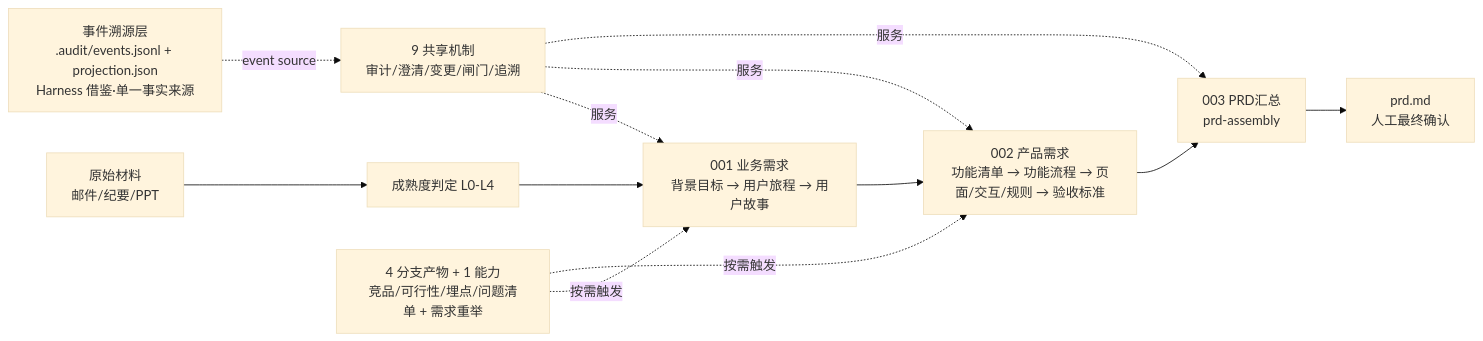
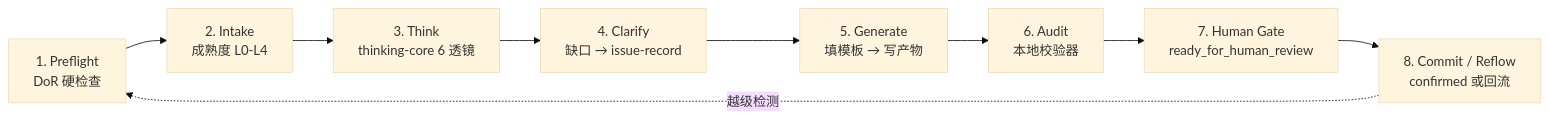
The second of 3 diagrams in README.md (konwait12/pm-scaffold), drawn with Mermaid (base theme) before and after one commit. The commit also changed other lines of this file, not shown here.

````diff
--- a/README.md
+++ b/README.md
@@ -63,14 +244,11 @@
 ```mermaid
 flowchart LR
-    I[原始材料<br/>邮件/纪要/PPT] --> E[成熟度判定 L0-L4]
-    E --> S1[001 业务需求<br/>背景目标 → 用户旅程 → 用户故事]
-    S1 --> S2[002 产品需求<br/>功能清单 → 功能流程 → 页面/交互/规则 → 验收标准]
-    S2 --> S3[003 PRD汇总<br/>prd-assembly]
-    S3 --> P[prd.md<br/>人工最终确认]
-    SH[9 共享机制<br/>审计/澄清/变更/闸门/追溯] -.服务.-> S1
-    SH -.服务.-> S2
-    SH -.服务.-> S3
-    BR[4 分支产物 + 1 能力<br/>竞品/可行性/埋点/问题清单 + 需求重举] -.按需触发.-> S1
-    BR -.按需触发.-> S2
-    AU[事件溯源层<br/>.audit/events.jsonl + projection.json<br/>Harness 借鉴·单一事实来源] -.event source.-> SH
+    A[1. Preflight<br/>DoR 硬检查] --> B[2. Intake<br/>成熟度 L0-L4]
+    B --> C[3. Think<br/>thinking-core 6 透镜]
+    C --> D[4. Clarify<br/>缺口 → issue-record]
+    D --> E[5. Generate<br/>填模板 → 写产物]
+    E --> F[6. Audit<br/>本地校验器]
+    F --> G[7. Human Gate<br/>ready_for_human_review]
+    G --> H[8. Commit / Reflow<br/>confirmed 或回流]
+    H -.越级检测.-> A
 ```
````
